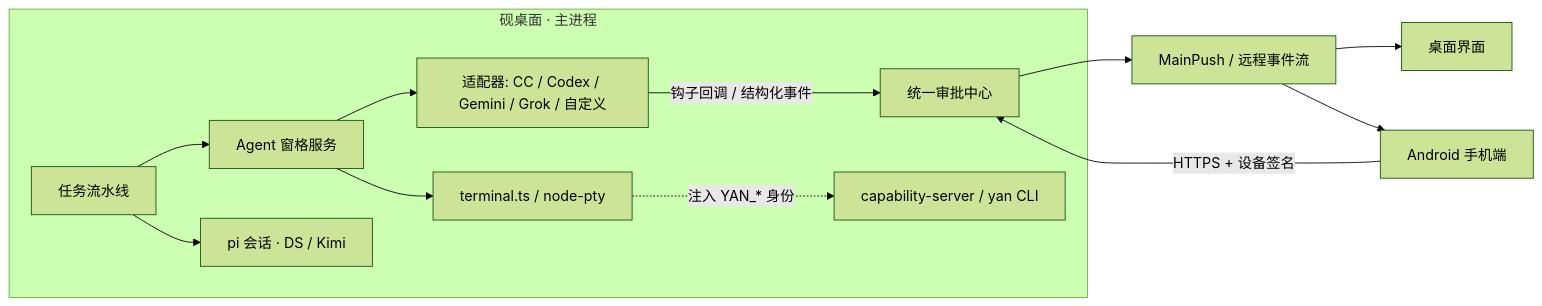
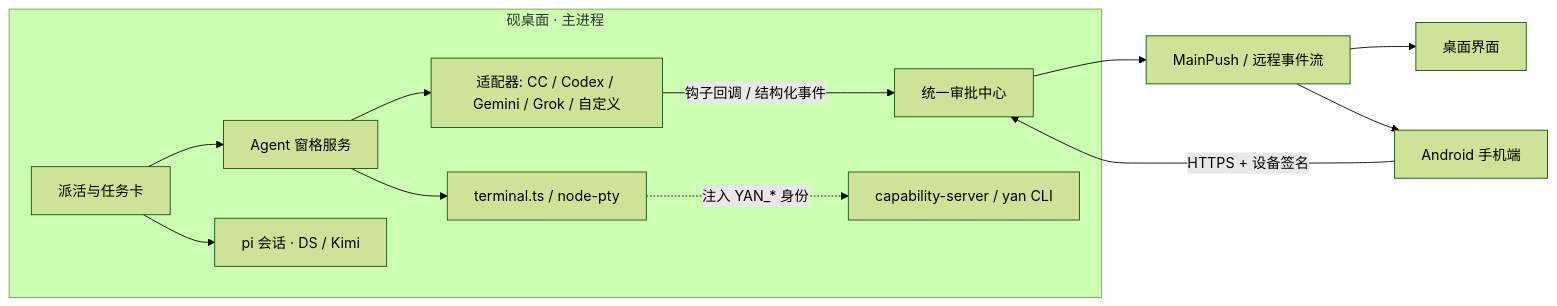
The diagram in docs/AGENT_HUB.md (Yu-DaTouX/Inkstone), drawn with Mermaid (forest theme) before and after one commit. The commit also changed other lines of this file, not shown here.

````diff
--- a/docs/AGENT_HUB.md
+++ b/docs/AGENT_HUB.md
@@ -44,19 +44,19 @@
 ```mermaid
 flowchart LR
   subgraph Desktop[砚桌面 · 主进程]
     Panes[Agent 窗格服务] --> PTY[terminal.ts / node-pty]
     Panes --> Adapters[适配器: CC / Codex / Gemini / Grok / 自定义]
     Approvals[统一审批中心]
-    Pipeline[任务流水线]
+    Pipeline[派活与任务卡]
     Pi[pi 会话 · DS / Kimi]
     Cap[capability-server / yan CLI]
   end
   Adapters -->|钩子回调 / 结构化事件| Approvals
   Pipeline --> Panes
   Pipeline --> Pi
   Approvals --> Push[MainPush / 远程事件流]
   Push --> UI[桌面界面]
   Push --> Phone[Android 手机端]
   Phone -->|HTTPS + 设备签名| Approvals
   PTY -.->|注入 YAN_* 身份| Cap
 ```
````
